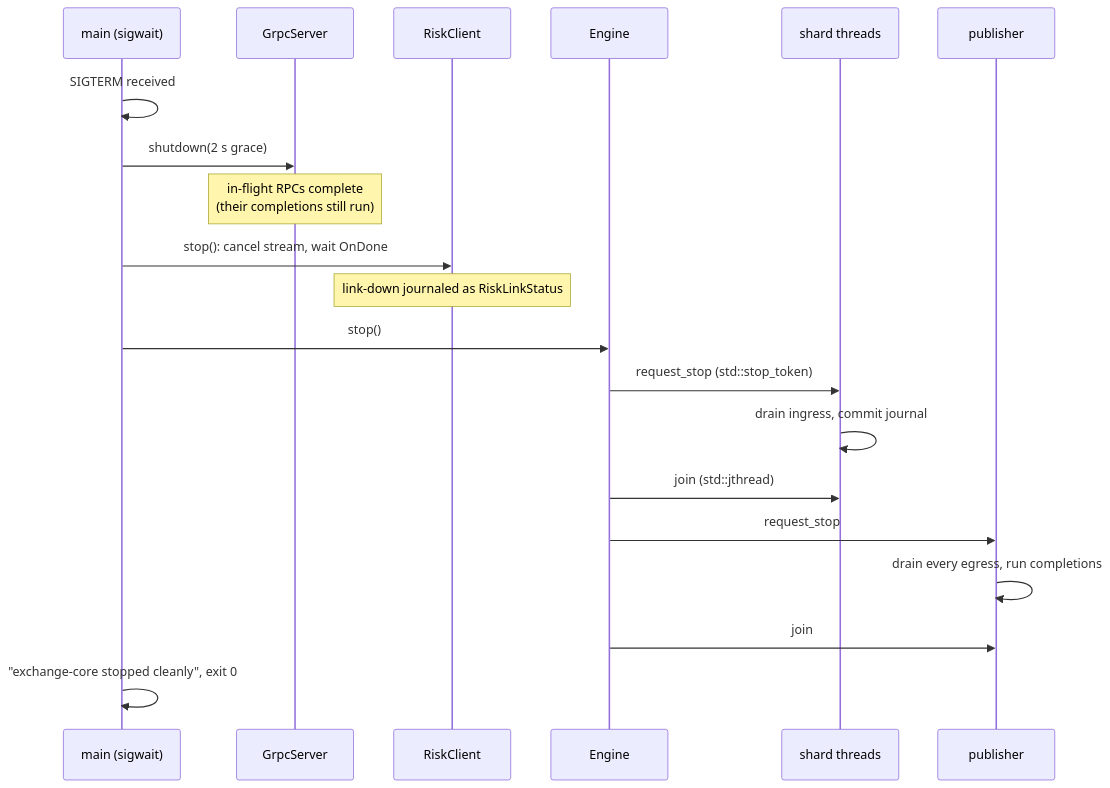
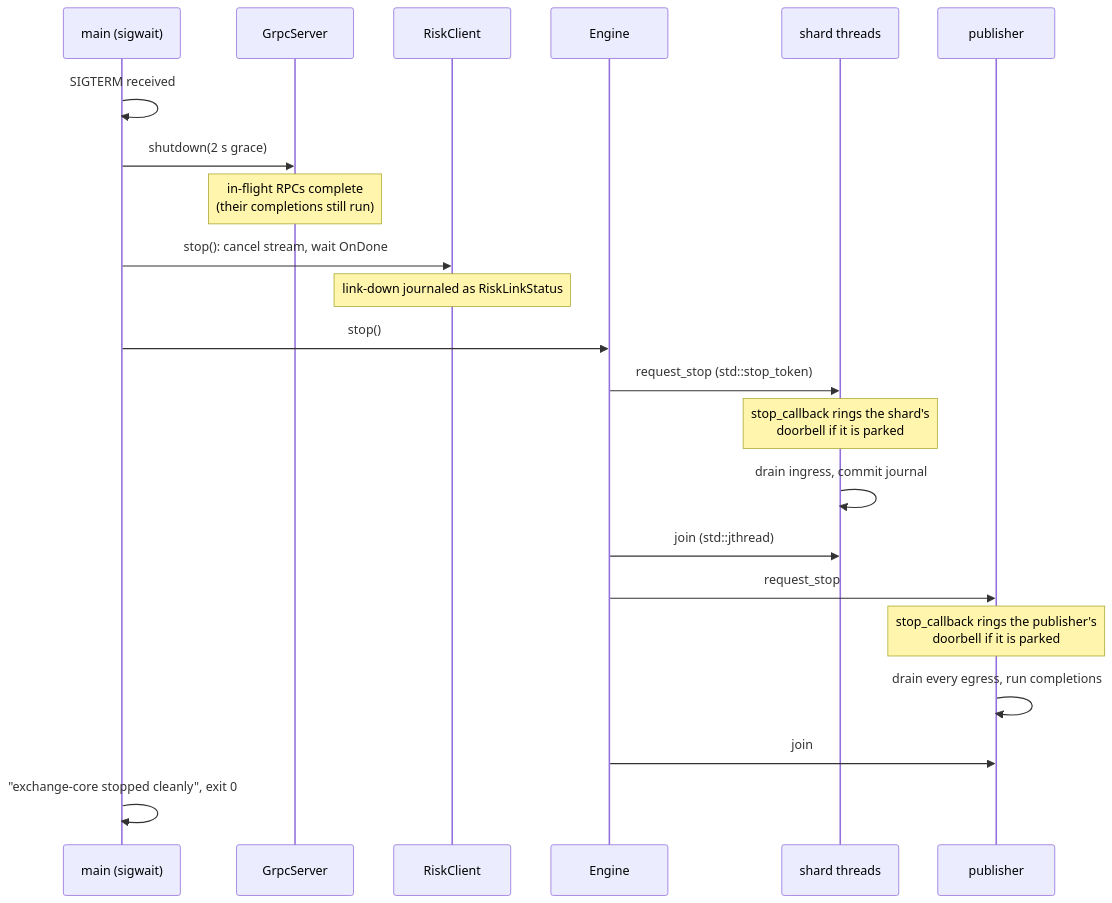
Before and after one commit to Tomek52/lockstep-exchange: the third of 3 diagrams in docs/architecture/threading-dataflow.md, drawn with Mermaid. The commit also changed other lines of this file and 1 other file, not shown here.

First line of the commit message:
docs(architecture): document the parking idle protocol, tick task 007

````diff
--- a/docs/architecture/threading-dataflow.md
+++ b/docs/architecture/threading-dataflow.md
@@ -98,23 +125,25 @@
 ```mermaid
 sequenceDiagram
     participant M as main (sigwait)
     participant GS as GrpcServer
     participant RC as RiskClient
     participant EN as Engine
     participant SH as shard threads
     participant PU as publisher
 
     M->>M: SIGTERM received
     M->>GS: shutdown(2 s grace)
     Note over GS: in-flight RPCs complete<br/>(their completions still run)
     M->>RC: stop(): cancel stream, wait OnDone
     Note over RC: link-down journaled as RiskLinkStatus
     M->>EN: stop()
     EN->>SH: request_stop (std::stop_token)
+    Note over SH: stop_callback rings the shard's<br/>doorbell if it is parked
     SH->>SH: drain ingress, commit journal
     EN->>SH: join (std::jthread)
     EN->>PU: request_stop
+    Note over PU: stop_callback rings the publisher's<br/>doorbell if it is parked
     PU->>PU: drain every egress, run completions
     EN->>PU: join
     M->>M: "exchange-core stopped cleanly", exit 0
 ```
````
